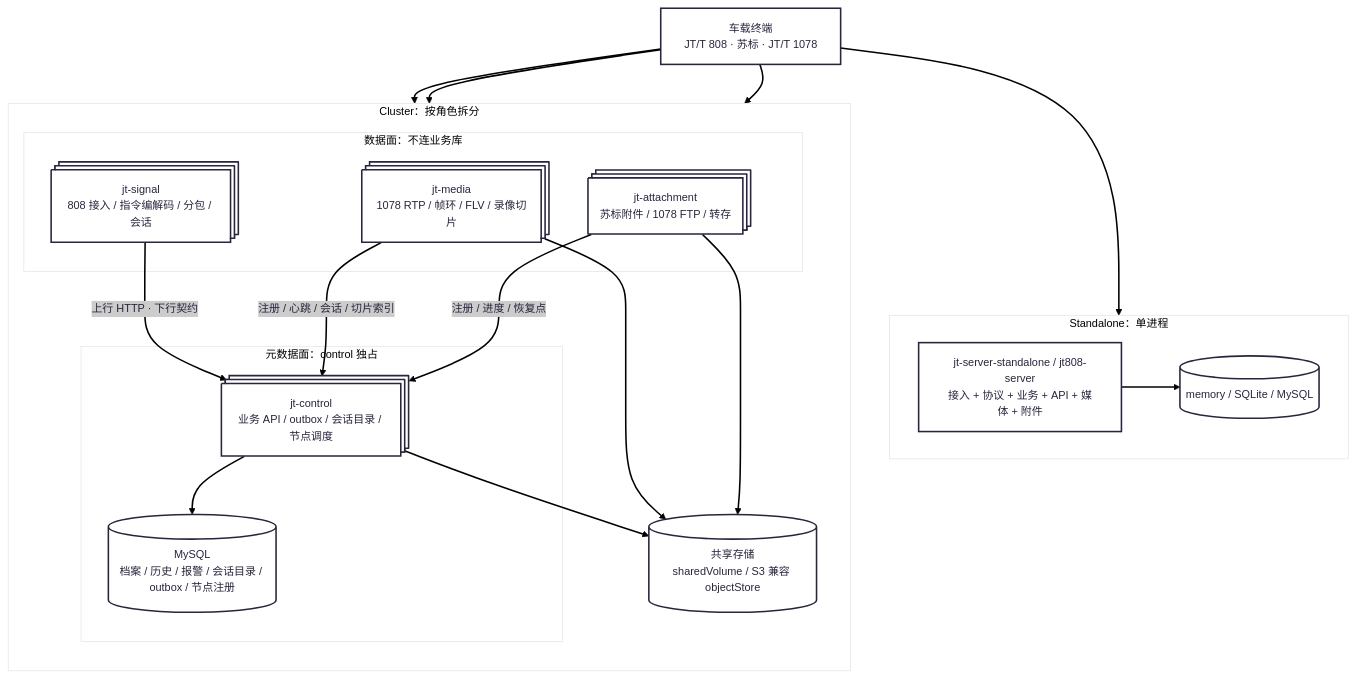
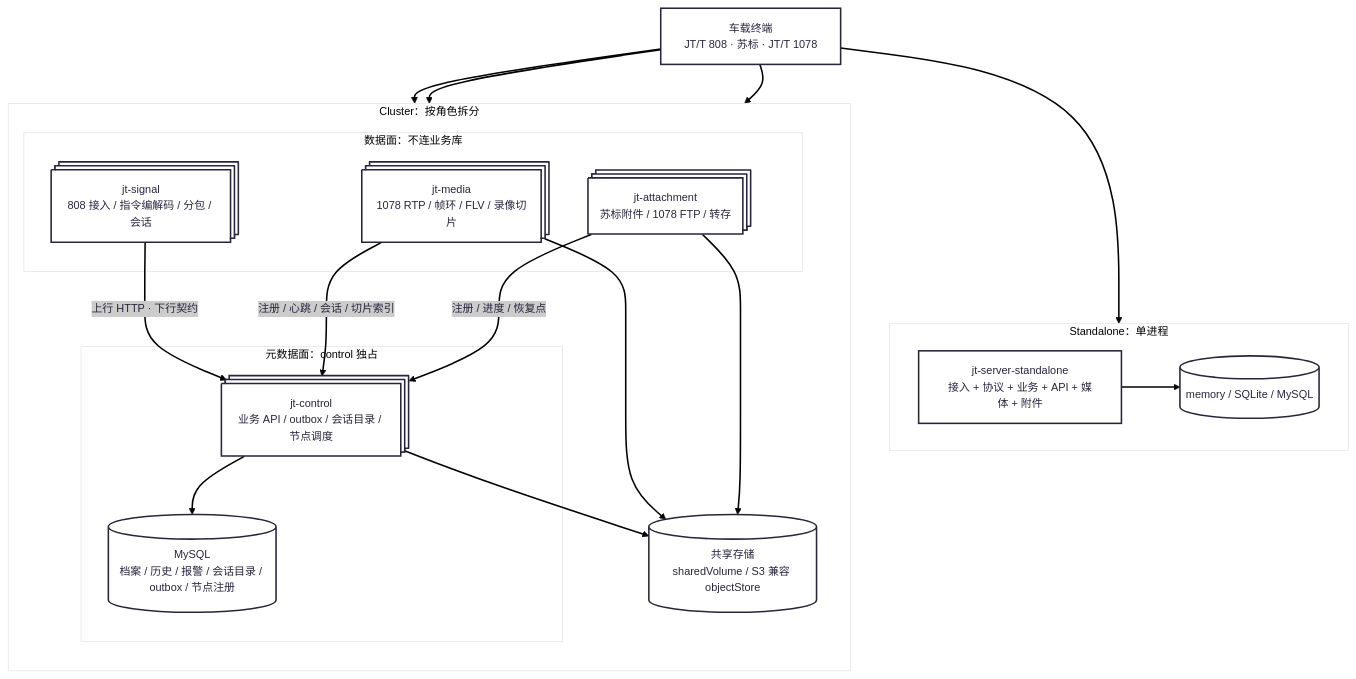
The diagram in README.md (fakeyanss/jt808-server-go), drawn with Mermaid before and after one commit. The commit also changed other lines of this file and 13 other files, not shown here.

First line of the commit message:
refactor(build): 移除通用入口 cmd/jt808-server，统一用 jt-server-standalone

````diff
--- a/README.md
+++ b/README.md
@@ -74,41 +74,41 @@
 ```mermaid
 ---
 config:
   theme: redux-color
 ---
 flowchart TB
     TERM["车载终端<br/>JT/T 808 · 苏标 · JT/T 1078"]
 
     subgraph SA["Standalone：单进程"]
         direction LR
-        S["jt-server-standalone / jt808-server<br/>接入 + 协议 + 业务 + API + 媒体 + 附件"]
+        S["jt-server-standalone<br/>接入 + 协议 + 业务 + API + 媒体 + 附件"]
         SDB[("memory / SQLite / MySQL")]
         S --> SDB
     end
 
     subgraph CL["Cluster：按角色拆分"]
         direction TB
         subgraph DATA["数据面：不连业务库"]
             GW["jt-signal<br/>808 接入 / 指令编解码 / 分包 / 会话"]@{ shape: procs }
             MED["jt-media<br/>1078 RTP / 帧环 / FLV / 录像切片"]@{ shape: procs }
             ATT["jt-attachment<br/>苏标附件 / 1078 FTP / 转存"]@{ shape: procs }
         end
         subgraph META["元数据面：control 独占"]
             CTL["jt-control<br/>业务 API / outbox / 会话目录 / 节点调度"]@{ shape: procs }
             DB[("MySQL<br/>档案 / 历史 / 报警 / 会话目录 / outbox / 节点注册")]
             CTL --> DB
         end
         OBJ[("共享存储<br/>sharedVolume / S3 兼容 objectStore")]
         GW -- "上行 HTTP · 下行契约" --> CTL
         MED -- "注册 / 心跳 / 会话 / 切片索引" --> CTL
         ATT -- "注册 / 进度 / 恢复点" --> CTL
         MED --> OBJ
         ATT --> OBJ
         CTL --> OBJ
     end
 
     TERM --> S
     TERM --> GW
     TERM --> MED
     TERM --> ATT
 ```
````
